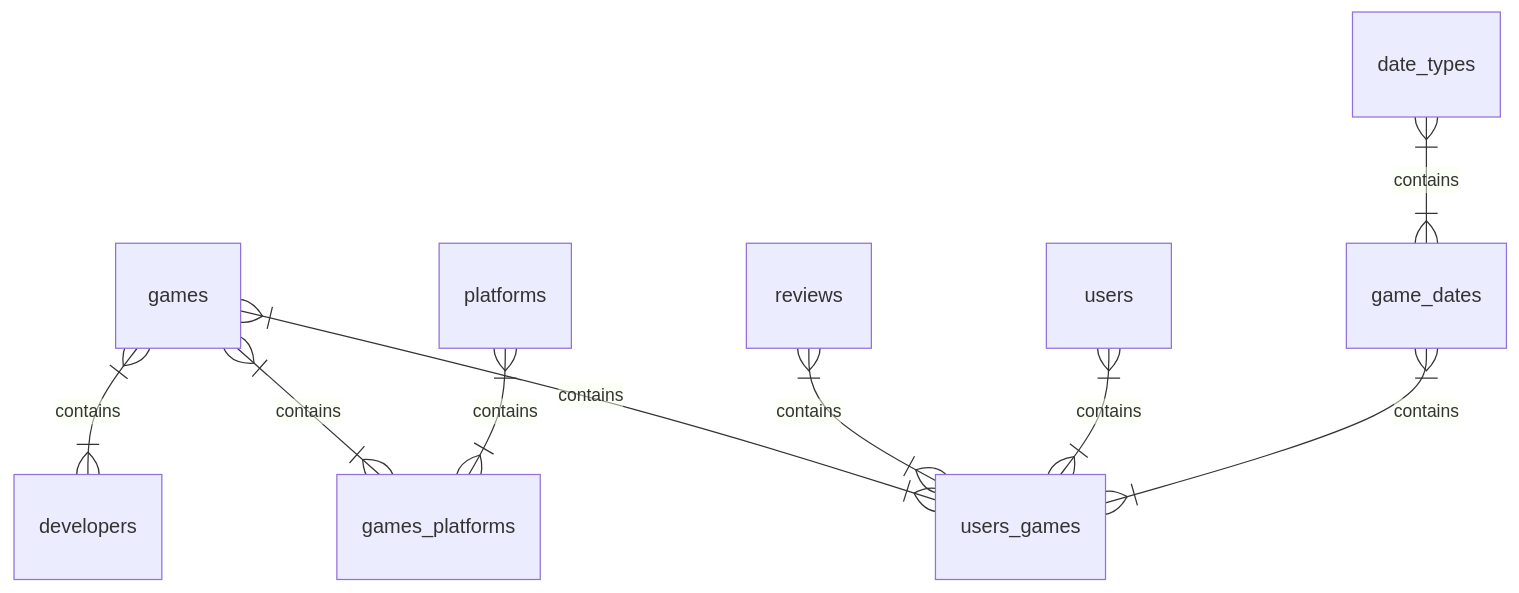
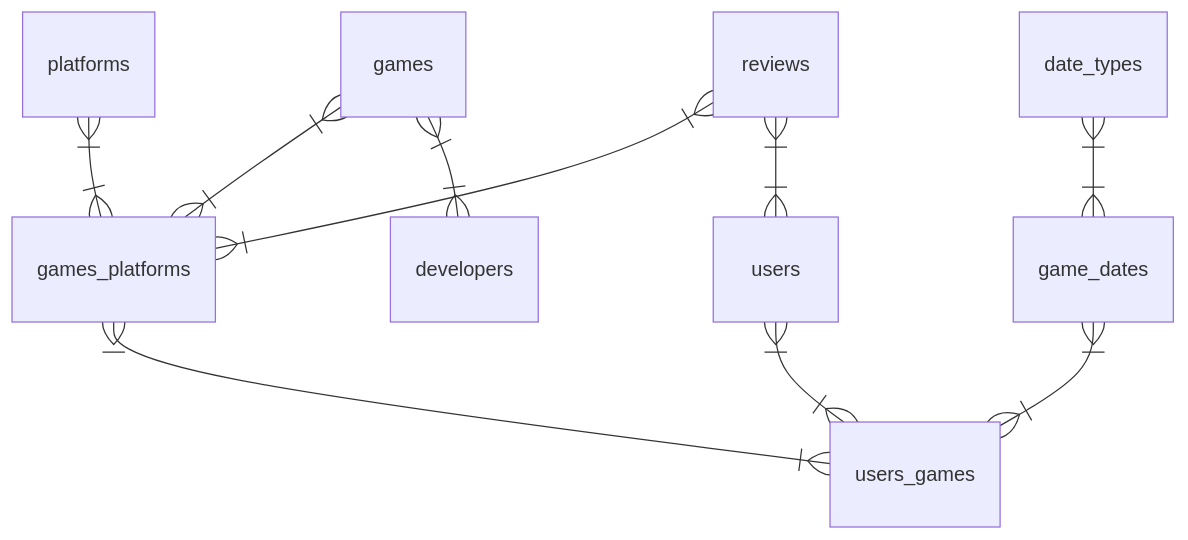
One commit to Haikira/VGLogger changed the first of 2 diagrams in README.md. Above: the diagram before and after it, drawn with Mermaid. The commit also changed other lines of this file, not shown here.

````diff
--- a/README.md
+++ b/README.md
@@ -29,13 +31,14 @@
 ``` mermaid
 erDiagram
 
-        games }|--|{ games_platforms : "contains"
-        games }|--|{ users_games : "contains"
-        platforms }|--|{ games_platforms : "contains" 
-        reviews }|--|{ users_games : "contains"
-        users}|--|{ users_games : "contains"
-        game_dates }|--|{ users_games : "contains"
-        date_types }|--|{ game_dates : "contains"
-        games }|--|{ developers : "contains"
+        games }|--|{ games_platforms : ""
+        games }|--|{ developers : ""
+        platforms }|--|{ games_platforms : "" 
+        reviews }|--|{ games_platforms : ""
+        games_platforms }|--|{ users_games : ""
+        users}|--|{ users_games : ""
+        game_dates }|--|{ users_games : ""
+        date_types }|--|{ game_dates : ""
+        reviews }|--|{ users : ""
         
 ```
````
